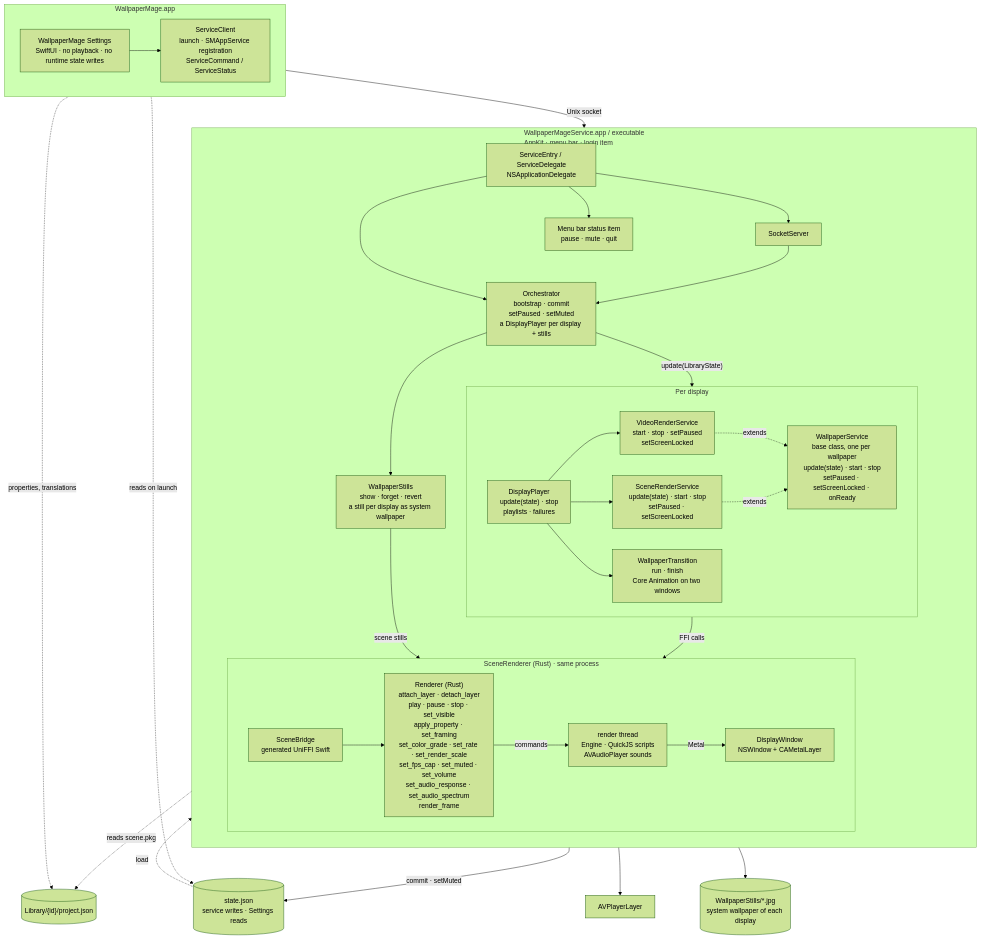
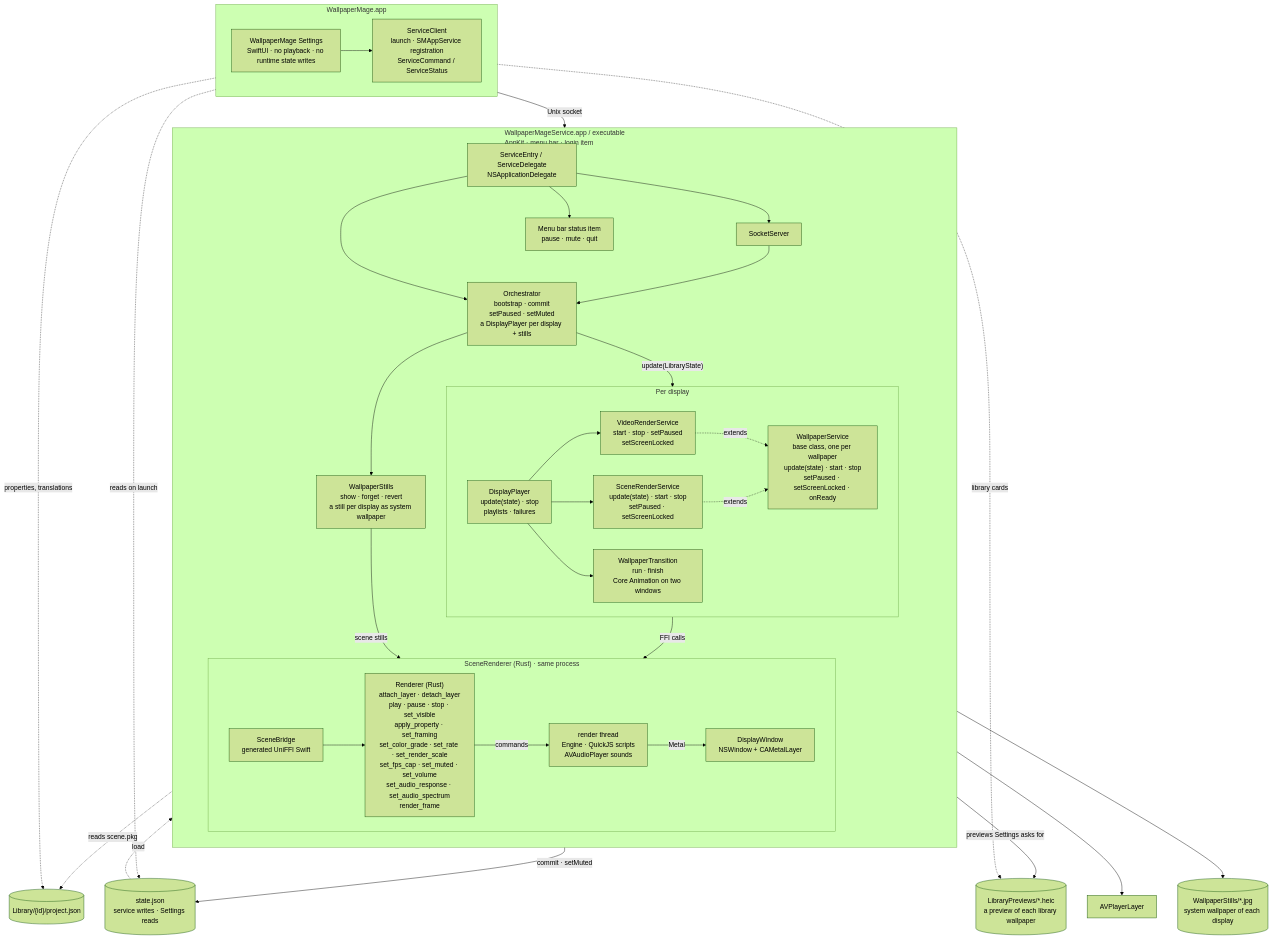
One commit to Keksuccino/LiveWallpaper changed the diagram in ARCHITECTURE.md. Above: the diagram before and after it, drawn with Mermaid (forest theme). The commit also changed other lines of this file and 54 other files, not shown here.

Commit message:
Add library sorting, info box, and previews for wallpaper cards

````diff
--- a/ARCHITECTURE.md
+++ b/ARCHITECTURE.md
@@ -14,66 +14,69 @@
 ```mermaid
 flowchart TB
     subgraph APP["WallpaperMage.app"]
         direction LR
         UI["WallpaperMage Settings<br/>SwiftUI · no playback · no runtime state writes"]
         CLIENT["ServiceClient<br/>launch · SMAppService registration<br/>ServiceCommand / ServiceStatus"]
         UI --> CLIENT
     end
 
     subgraph SERVICE["WallpaperMageService.app / executable<br/>AppKit · menu bar · login item"]
         direction TB
         ENTRY["ServiceEntry / ServiceDelegate<br/>NSApplicationDelegate"]
         SOCK["SocketServer"]
         ORCH["Orchestrator<br/>bootstrap · commit<br/>setPaused · setMuted<br/>a DisplayPlayer per display + stills"]
         MENU["Menu bar status item<br/>pause · mute · quit"]
 
         subgraph PLAY["Per display"]
             direction LR
             PLAYER["DisplayPlayer<br/>update(state) · stop<br/>playlists · failures"]
             TRANS["WallpaperTransition<br/>run · finish<br/>Core Animation on two windows"]
             BASE["WallpaperService<br/>base class, one per wallpaper<br/>update(state) · start · stop<br/>setPaused · setScreenLocked · onReady"]
             VIDEO["VideoRenderService<br/>start · stop · setPaused<br/>setScreenLocked"]
             SCENE["SceneRenderService<br/>update(state) · start · stop<br/>setPaused · setScreenLocked"]
         end
         STILLS["WallpaperStills<br/>show · forget · revert<br/>a still per display as system wallpaper"]
 
         subgraph RUST["SceneRenderer (Rust) · same process"]
             direction LR
             FFI["SceneBridge<br/>generated UniFFI Swift"]
             API["Renderer (Rust)<br/>attach_layer · detach_layer<br/>play · pause · stop · set_visible<br/>apply_property · set_framing<br/>set_color_grade · set_rate · set_render_scale<br/>set_fps_cap · set_muted · set_volume<br/>set_audio_response · set_audio_spectrum<br/>render_frame"]
             THREAD["render thread<br/>Engine · QuickJS scripts<br/>AVAudioPlayer sounds"]
             WINDOW["DisplayWindow<br/>NSWindow + CAMetalLayer"]
         end
 
         ENTRY --> SOCK
         ENTRY --> ORCH
         ENTRY --> MENU
         SOCK --> ORCH
         ORCH -->|"update(LibraryState)"| PLAYER
         PLAYER --> VIDEO
         PLAYER --> SCENE
         PLAYER --> TRANS
         ORCH --> STILLS
         STILLS -->|"scene stills"| FFI
         VIDEO -.->|extends| BASE
         SCENE -.->|extends| BASE
         SCENE -->|"FFI calls"| FFI
         FFI --> API
         API -->|"commands"| THREAD
         THREAD -->|"Metal"| WINDOW
     end
 
     STATE[("state.json<br/>service writes · Settings reads")]
     PROJECT[("Library/{id}/project.json")]
     STILLFILES[("WallpaperStills/*.jpg<br/>system wallpaper of each display")]
+    PREVIEWFILES[("LibraryPreviews/*.heic<br/>a preview of each library wallpaper")]
     AV["AVPlayerLayer"]
 
     CLIENT -->|"Unix socket"| SOCK
     UI -.->|"reads on launch"| STATE
     UI -.->|"properties, translations"| PROJECT
     ORCH -->|"commit · setMuted"| STATE
     STATE -.->|"load"| ORCH
     THREAD -.->|"reads scene.pkg"| PROJECT
     VIDEO --> AV
     STILLS --> STILLFILES
+    ORCH -->|"previews Settings asks for"| PREVIEWFILES
+    UI -.->|"library cards"| PREVIEWFILES
 ```
````
